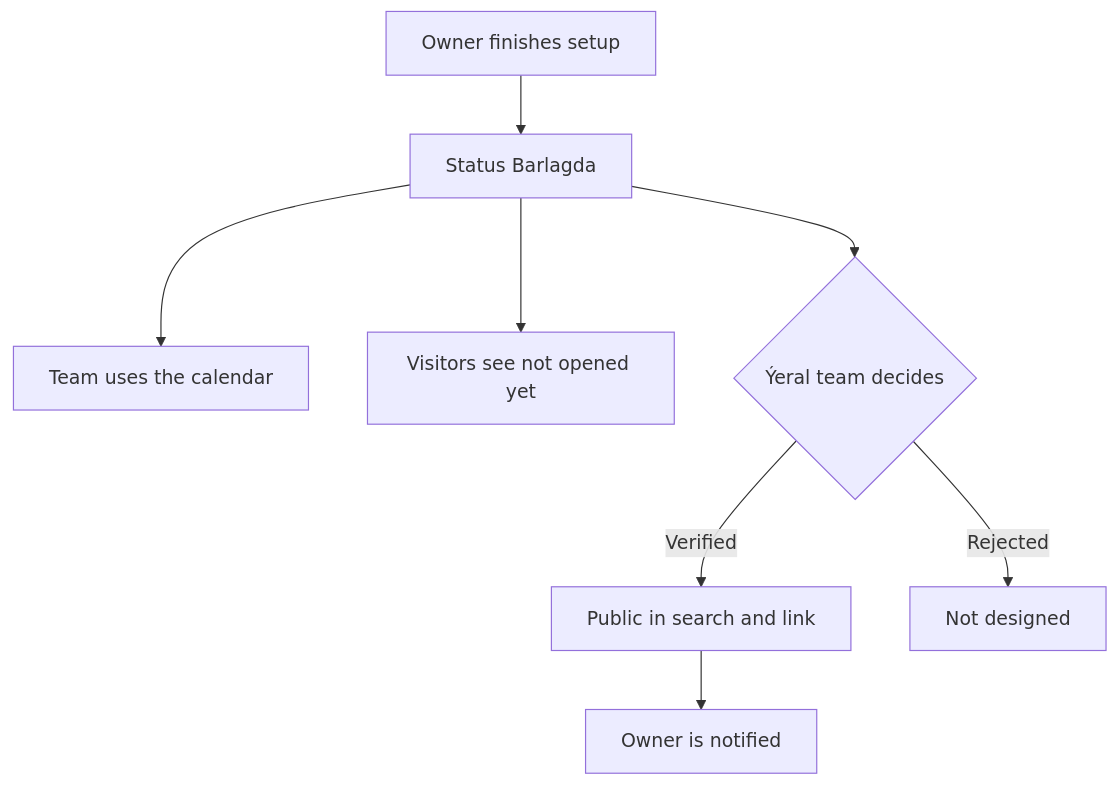
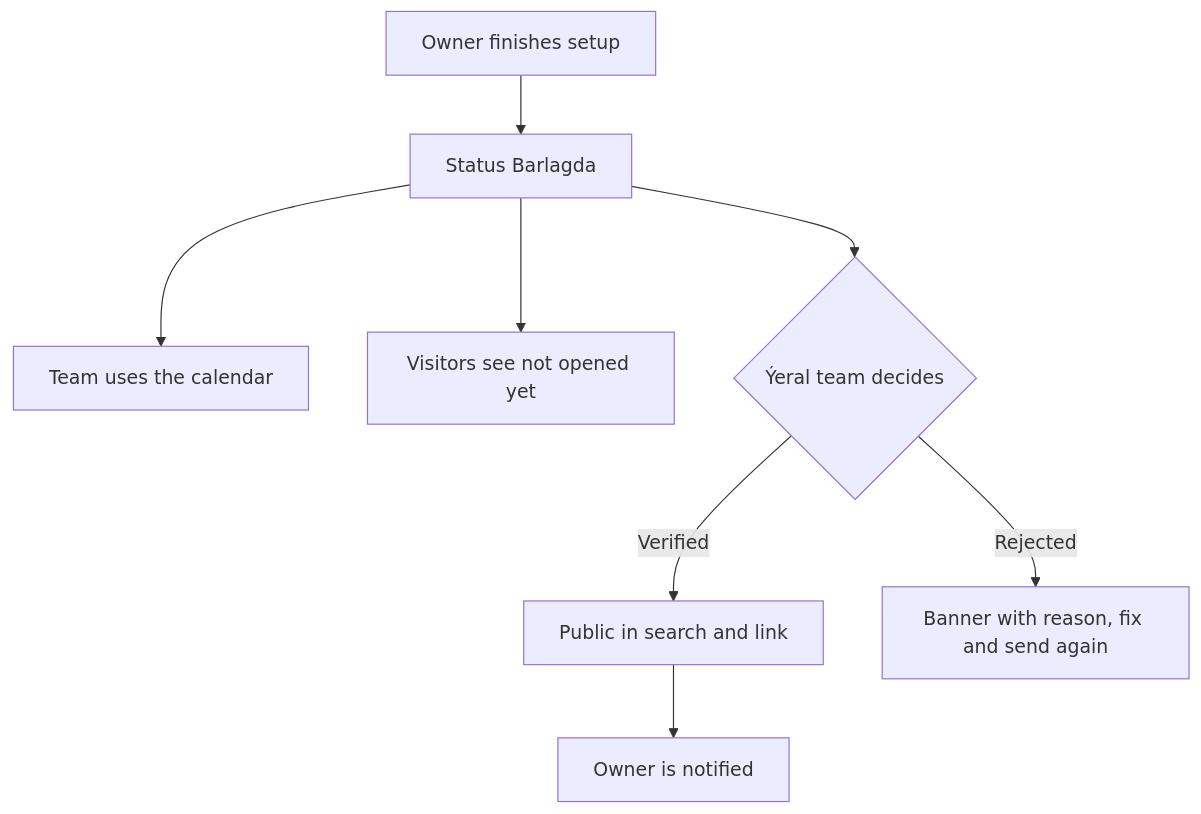
Before and after one commit to azamatos/yeral: diagram 18 of 22 in docs/product/07c-flows-system.md, drawn with Mermaid. The commit also changed other lines of this file and 21 other files, not shown here.

````diff
--- a/docs/product/07c-flows-system.md
+++ b/docs/product/07c-flows-system.md
@@ -701,10 +700,10 @@
 ```mermaid
 flowchart TD
   A["Owner finishes setup"] --> B["Status Barlagda"]
   B --> C["Team uses the calendar"]
   B --> D["Visitors see not opened yet"]
   B --> E{"Ýeral team decides"}
   E -->|"Verified"| F["Public in search and link"]
   F --> G["Owner is notified"]
-  E -->|"Rejected"| H["Not designed"]
+  E -->|"Rejected"| H["Banner with reason, fix and send again"]
 ```
````
